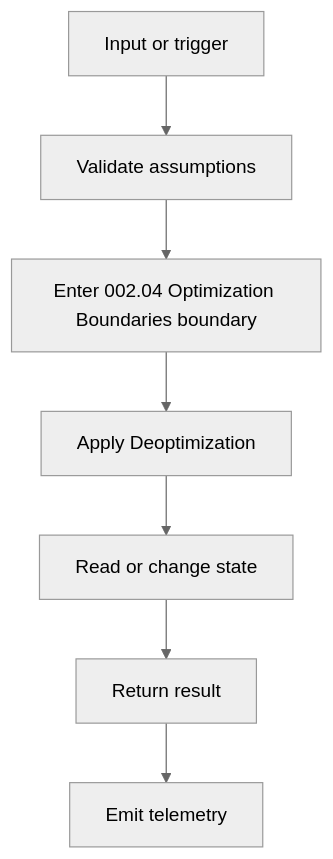
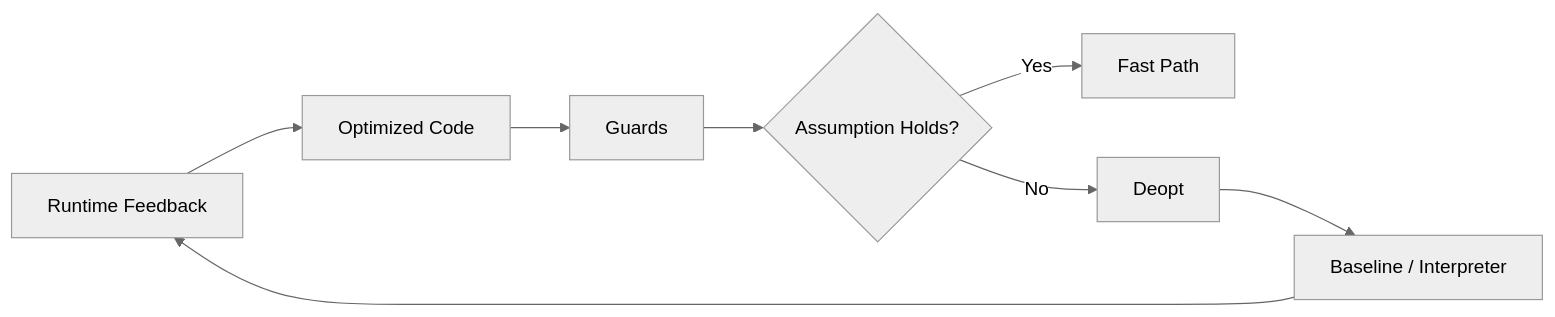
The third of 4 diagrams in 002. JavaScript Internals/002.04 Optimization Boundaries/002.04.01 Deoptimization/README.md (AjayPrajapat/Interview), drawn with Mermaid (neutral theme) before and after one commit. The commit also changed other lines of this file and 10 other files, not shown here.

````diff
--- a/002. JavaScript Internals/002.04 Optimization Boundaries/002.04.01 Deoptimization/README.md
+++ b/002. JavaScript Internals/002.04 Optimization Boundaries/002.04.01 Deoptimization/README.md
@@ -453,9 +926,10 @@
 ```mermaid
-flowchart TD
-  A[Input or trigger] --> B[Validate assumptions]
-  B --> C[Enter 002.04 Optimization Boundaries boundary]
-  C --> D[Apply Deoptimization]
-  D --> E[Read or change state]
-  E --> F[Return result]
-  F --> G[Emit telemetry]
+flowchart LR
+  A["Runtime Feedback"] --> B["Optimized Code"]
+  B --> C["Guards"]
+  C --> D{"Assumption Holds?"}
+  D -->|Yes| E["Fast Path"]
+  D -->|No| F["Deopt"]
+  F --> G["Baseline / Interpreter"]
+  G --> A
 ```
````
